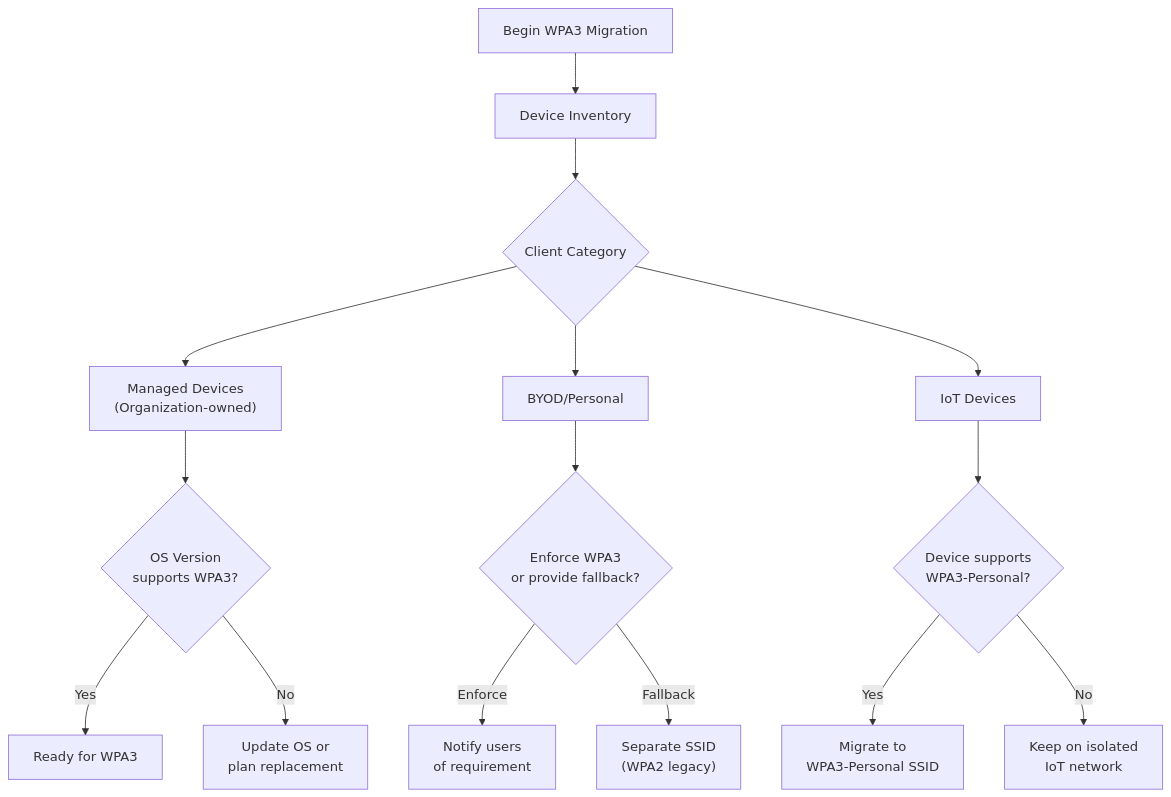
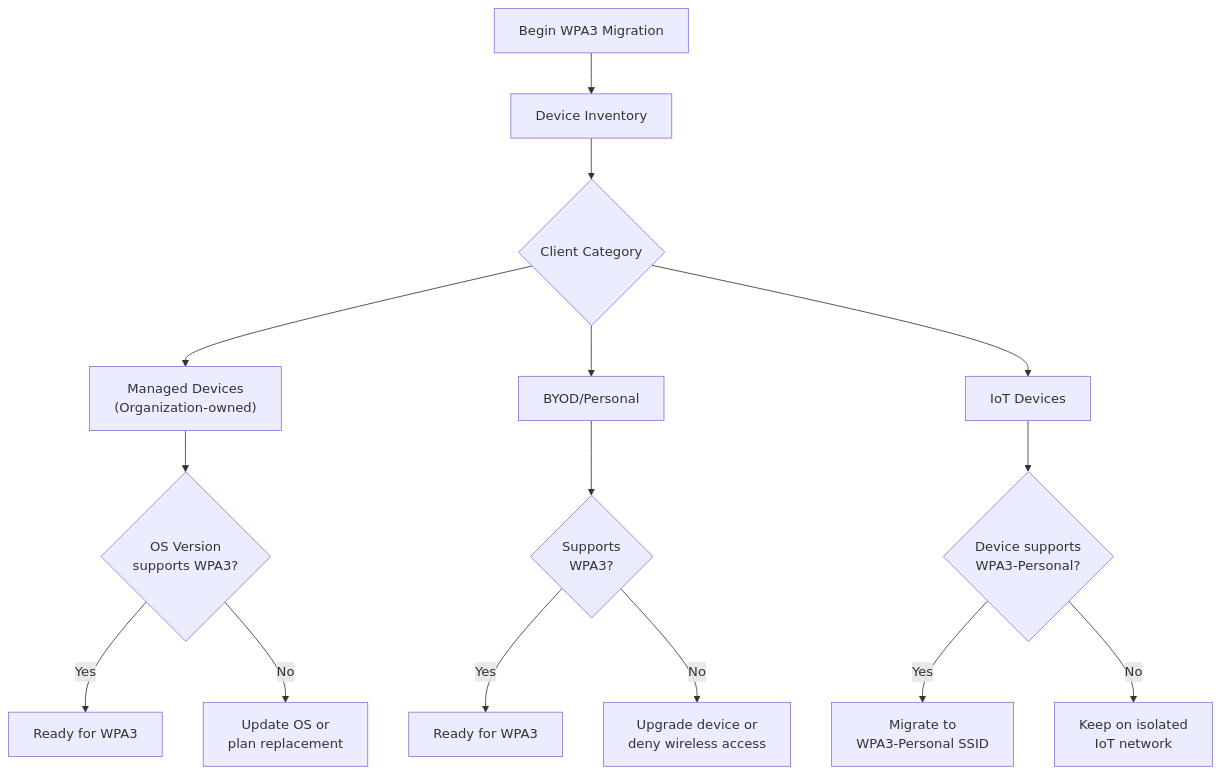
The sixth of 9 diagrams in docs/security/wpa3-enterprise.md (NewOrleansITI/networkstandards), drawn with Mermaid before and after one commit. The commit also changed other lines of this file and 19 other files, not shown here.

````diff
--- a/docs/security/wpa3-enterprise.md
+++ b/docs/security/wpa3-enterprise.md
@@ -324,21 +306,21 @@
 ```mermaid
 flowchart TD
     START[Begin WPA3 Migration] --> INVENTORY[Device Inventory]
 
     INVENTORY --> CAT1{Client Category}
     CAT1 --> MANAGED["Managed Devices<br/>(Organization-owned)"]
     CAT1 --> BYOD["BYOD/Personal"]
     CAT1 --> IOT["IoT Devices"]
 
     MANAGED --> M_CHECK{OS Version<br/>supports WPA3?}
     M_CHECK -->|Yes| M_READY["Ready for WPA3"]
     M_CHECK -->|No| M_UPDATE["Update OS or<br/>plan replacement"]
 
-    BYOD --> B_CHECK{Enforce WPA3<br/>or provide fallback?}
-    B_CHECK -->|Enforce| B_NOTIFY["Notify users<br/>of requirement"]
-    B_CHECK -->|Fallback| B_SEPARATE["Separate SSID<br/>(WPA2 legacy)"]
+    BYOD --> B_CHECK{Supports<br/>WPA3?}
+    B_CHECK -->|Yes| B_READY["Ready for WPA3"]
+    B_CHECK -->|No| B_BLOCK["Upgrade device or<br/>deny wireless access"]
 
     IOT --> I_CHECK{Device supports<br/>WPA3-Personal?}
     I_CHECK -->|Yes| I_MIGRATE["Migrate to<br/>WPA3-Personal SSID"]
     I_CHECK -->|No| I_ISOLATE["Keep on isolated<br/>IoT network"]
 ```
````
